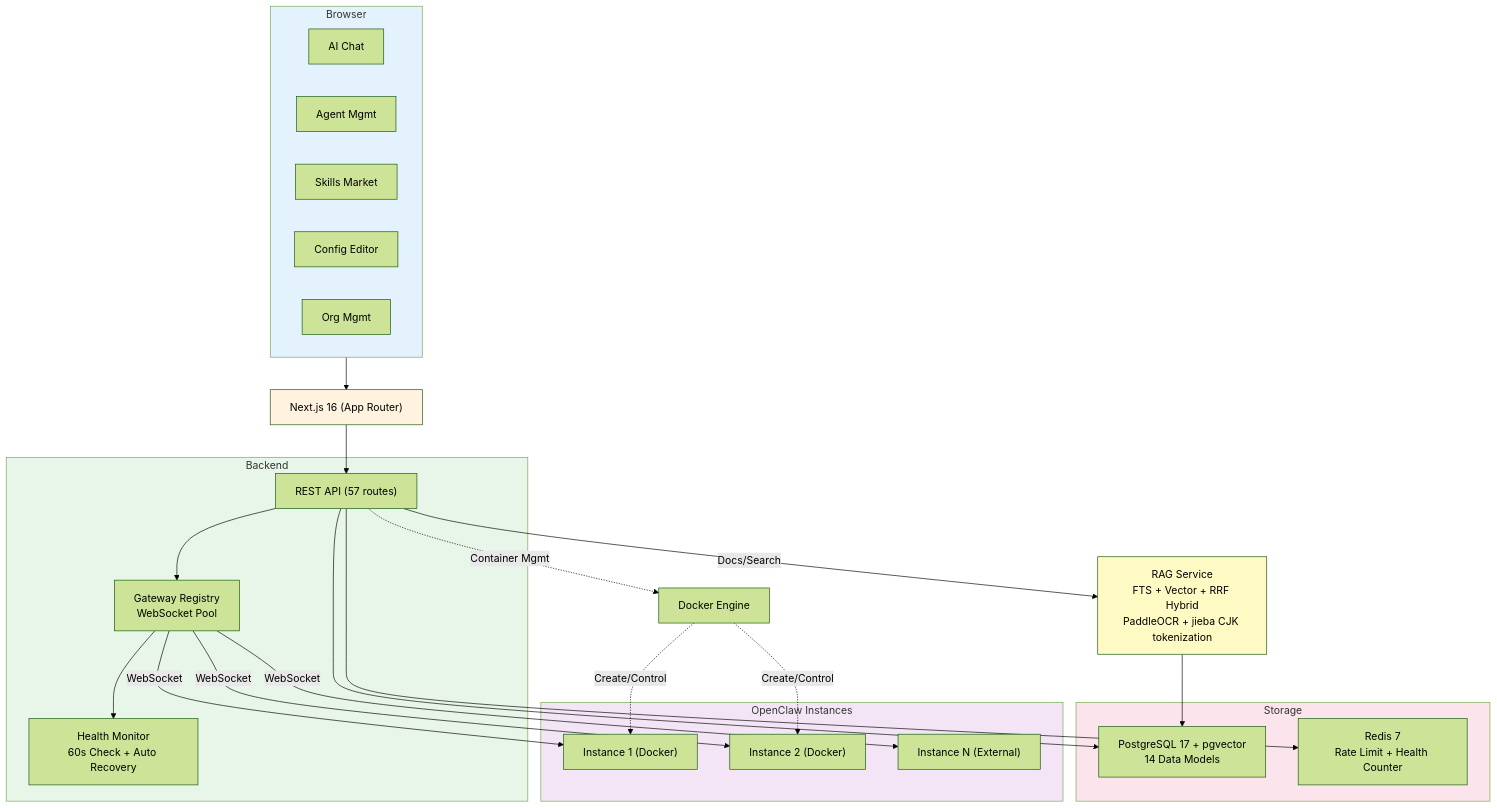
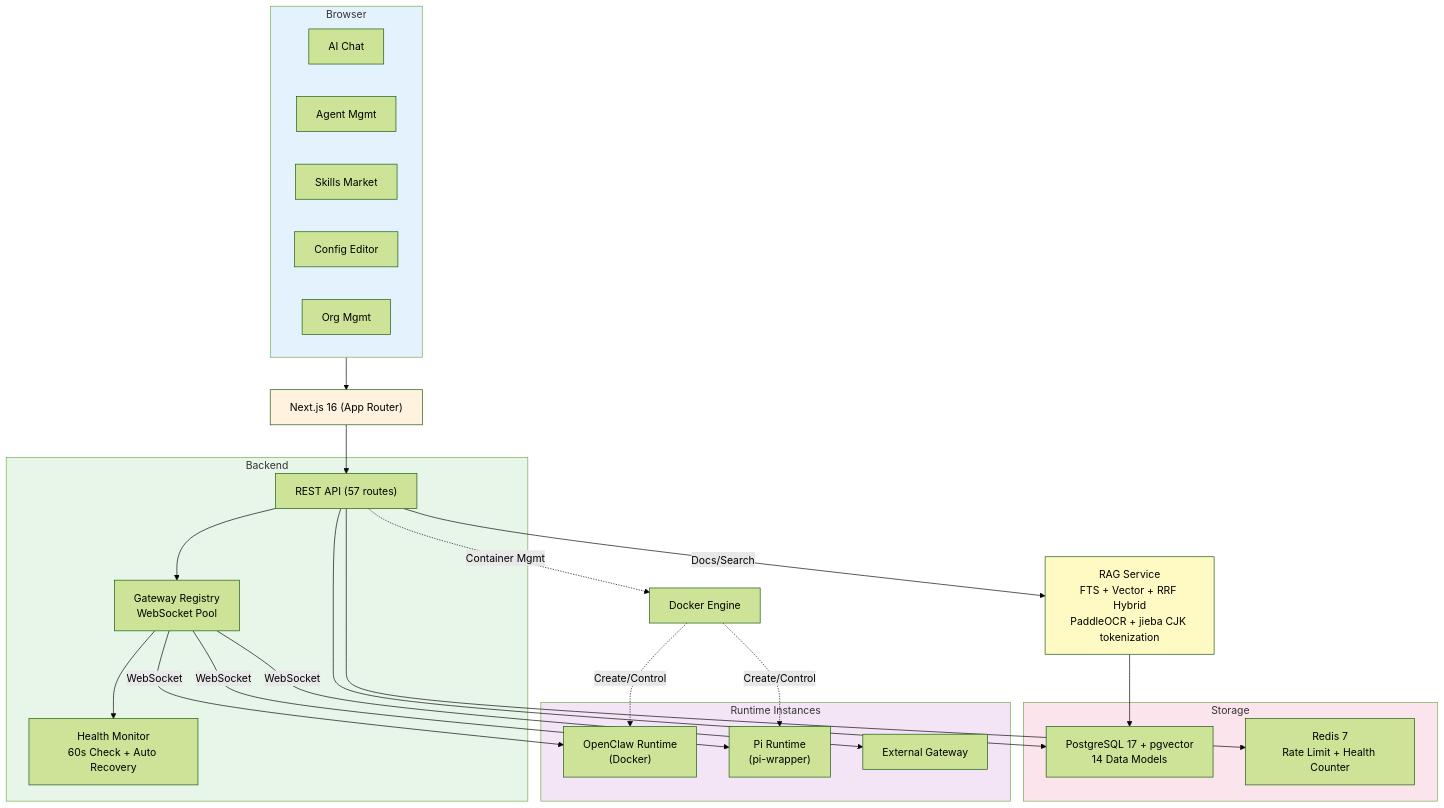
One commit to szsip239/teamclaw changed the second of 2 diagrams in README.md. Above: the diagram before and after it, drawn with Mermaid (forest theme). The commit also changed other lines of this file and 4 other files, not shown here.

````diff
--- a/README.md
+++ b/README.md
@@ -746,55 +793,55 @@
 ```mermaid
 graph TB
     subgraph Client["Browser"]
         Chat["AI Chat"]
         AgentUI["Agent Mgmt"]
         SkillUI["Skills Market"]
         ConfigUI["Config Editor"]
         OrgUI["Org Mgmt"]
     end
 
     NextJS["Next.js 16 (App Router)"]
 
     subgraph Backend["Backend"]
         API["REST API (57 routes)"]
         GW["Gateway Registry<br/>WebSocket Pool"]
         Health["Health Monitor<br/>60s Check + Auto Recovery"]
     end
 
     subgraph Storage["Storage"]
         PG["PostgreSQL 17 + pgvector<br/>14 Data Models"]
         RD["Redis 7<br/>Rate Limit + Health Counter"]
     end
 
     RAG["RAG Service<br/>FTS + Vector + RRF Hybrid<br/>PaddleOCR + jieba CJK tokenization"]
 
-    subgraph Instances["OpenClaw Instances"]
-        OC1["Instance 1 (Docker)"]
-        OC2["Instance 2 (Docker)"]
-        OCN["Instance N (External)"]
+    subgraph Runtime["Runtime Instances"]
+        OC1["OpenClaw Runtime<br/>(Docker)"]
+        PI1["Pi Runtime<br/>(pi-wrapper)"]
+        OCN["External Gateway"]
     end
 
     DK["Docker Engine"]
 
     Client --> NextJS
     NextJS --> API
     API --> GW
     API --> PG
     API --> RD
     API -- "Docs/Search" --> RAG
     RAG --> PG
     GW --> Health
     GW -- "WebSocket" --> OC1
-    GW -- "WebSocket" --> OC2
+    GW -- "WebSocket" --> PI1
     GW -- "WebSocket" --> OCN
     API -. "Container Mgmt" .-> DK
     DK -. "Create/Control" .-> OC1
-    DK -. "Create/Control" .-> OC2
+    DK -. "Create/Control" .-> PI1
 
     style Client fill:#e3f2fd
     style NextJS fill:#fff3e0
     style Backend fill:#e8f5e9
     style Storage fill:#fce4ec
     style RAG fill:#fff9c4
-    style Instances fill:#f3e5f5
+    style Runtime fill:#f3e5f5
 ```
````
